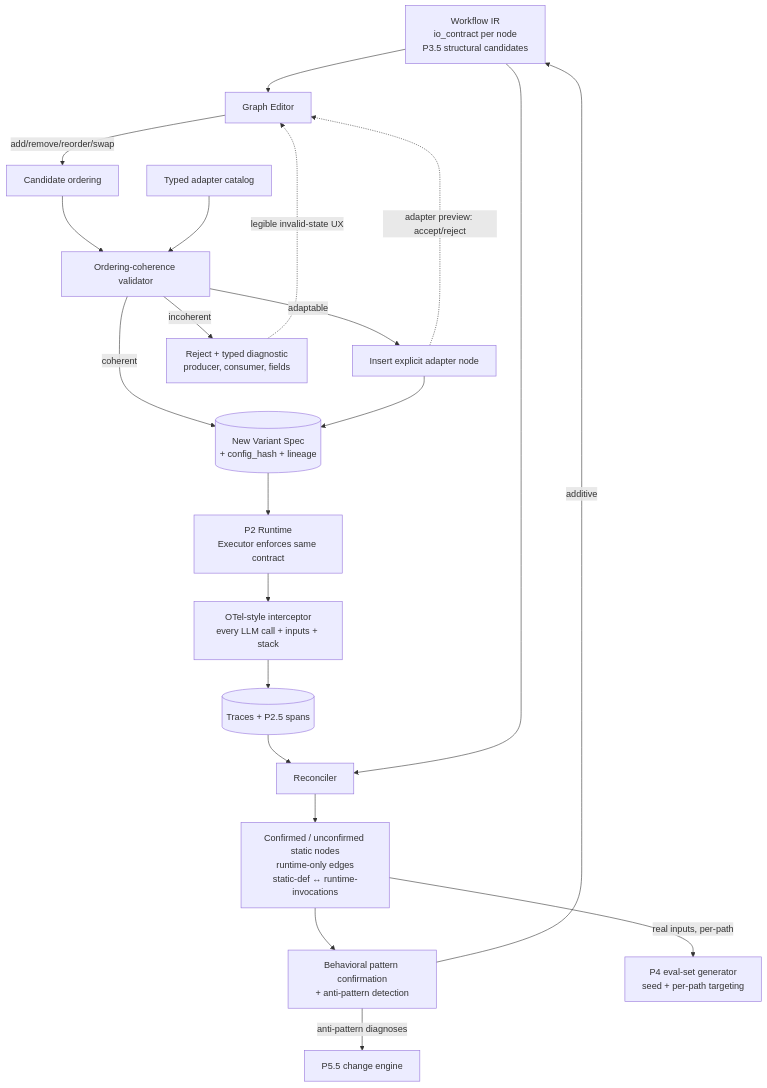
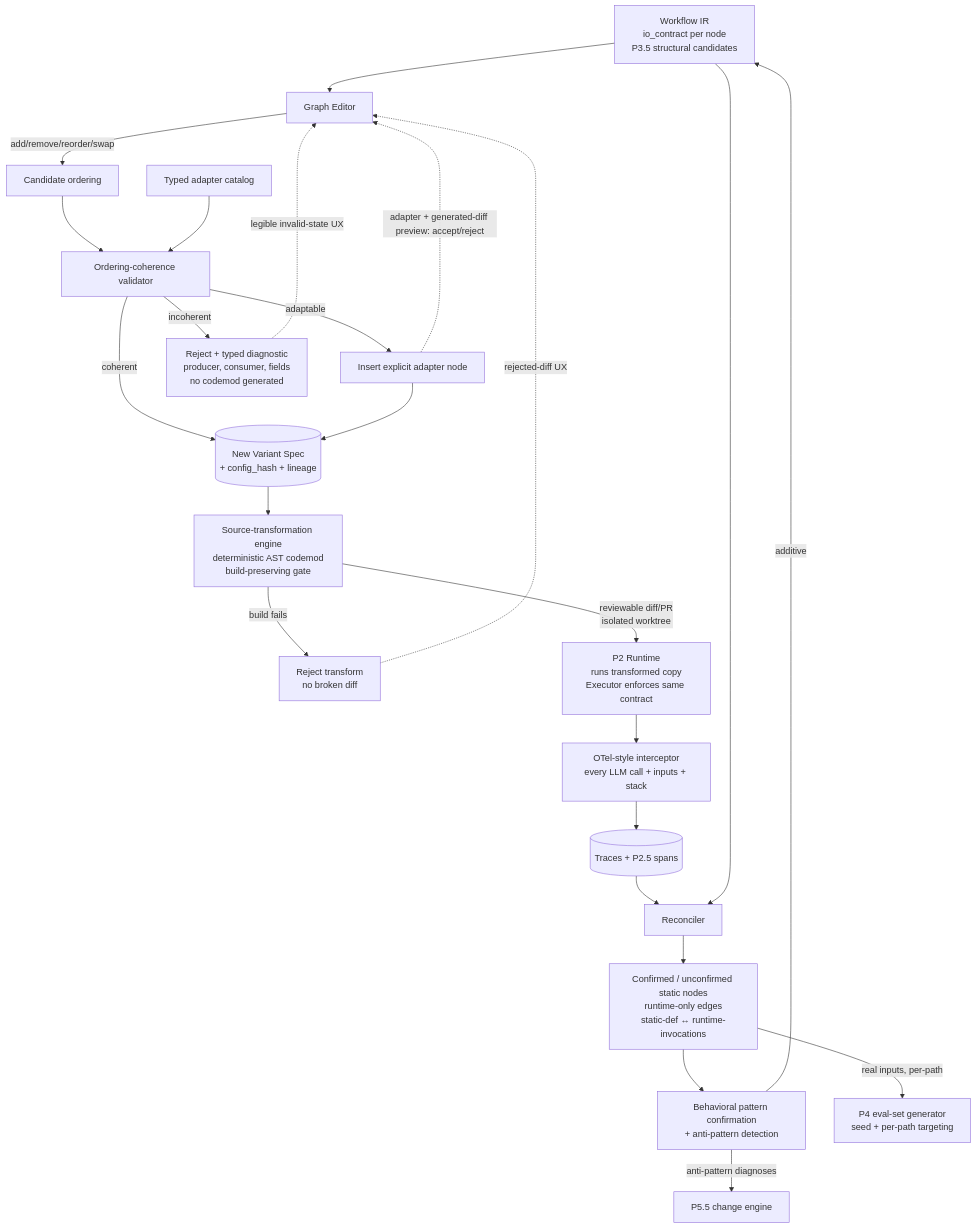
One commit to damonleelcx/heros-agent changed the diagram in docs/prd/P5-contracts-rearrange-tracing.md. Above: the diagram before and after it, drawn with Mermaid. The commit also changed other lines of this file and 37 other files, not shown here.

First line of the commit message:
docs: adopt source-transformation apply model (ADR-001)

````diff
--- a/docs/prd/P5-contracts-rearrange-tracing.md
+++ b/docs/prd/P5-contracts-rearrange-tracing.md
@@ -300,23 +343,26 @@
 ```mermaid
 graph TD
   IR[Workflow IR<br/>io_contract per node<br/>P3.5 structural candidates] --> ED[Graph Editor]
   ED -->|add/remove/reorder/swap| CAND[Candidate ordering]
   CAND --> VAL[Ordering-coherence validator]
   CAT[Typed adapter catalog] --> VAL
   VAL -->|coherent| VS[(New Variant Spec<br/>+ config_hash + lineage)]
   VAL -->|adaptable| ADP[Insert explicit adapter node] --> VS
-  VAL -->|incoherent| REJ[Reject + typed diagnostic<br/>producer, consumer, fields]
+  VAL -->|incoherent| REJ[Reject + typed diagnostic<br/>producer, consumer, fields<br/>no codemod generated]
   REJ -.->|legible invalid-state UX| ED
-  ADP -.->|adapter preview: accept/reject| ED
+  ADP -.->|adapter + generated-diff preview: accept/reject| ED
 
-  VS --> RUN[P2 Runtime<br/>Executor enforces same contract]
+  VS --> XF[Source-transformation engine<br/>deterministic AST codemod<br/>build-preserving gate]
+  XF -->|build fails| REJT[Reject transform<br/>no broken diff]
+  REJT -.->|rejected-diff UX| ED
+  XF -->|reviewable diff/PR<br/>isolated worktree| RUN[P2 Runtime<br/>runs transformed copy<br/>Executor enforces same contract]
   RUN --> INT[OTel-style interceptor<br/>every LLM call + inputs + stack]
   INT --> TR[(Traces + P2.5 spans)]
   TR --> REC[Reconciler]
   IR --> REC
   REC --> CONF[Confirmed / unconfirmed static nodes<br/>runtime-only edges<br/>static-def ↔ runtime-invocations]
   CONF --> BEH[Behavioral pattern confirmation<br/>+ anti-pattern detection]
   BEH -->|additive| IR
   CONF -->|real inputs, per-path| GEN[P4 eval-set generator<br/>seed + per-path targeting]
   BEH -->|anti-pattern diagnoses| P55[P5.5 change engine]
 ```
````
